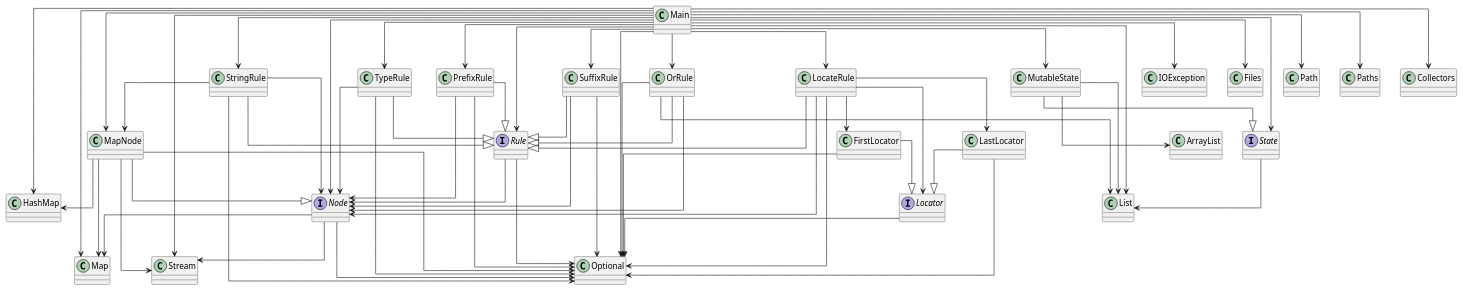
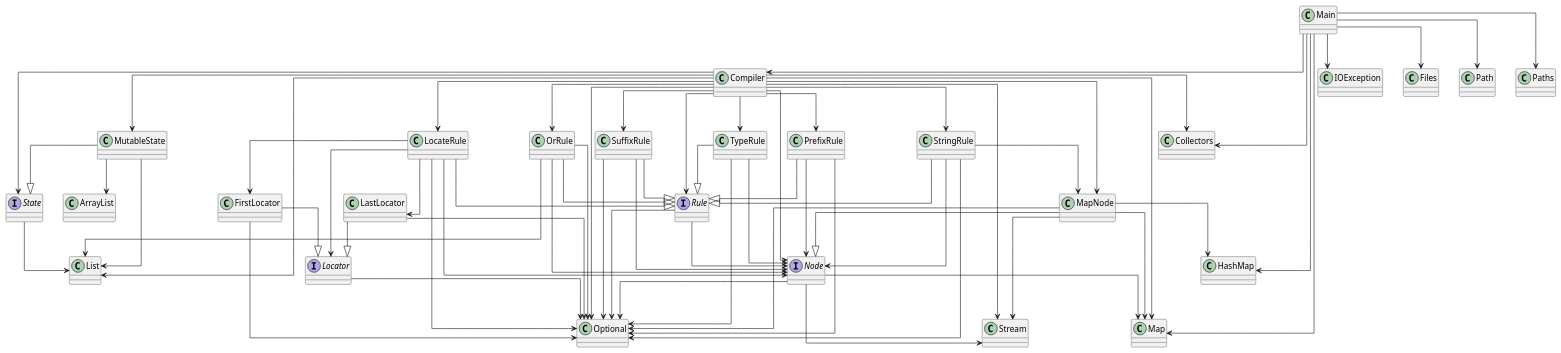
The diagram in diagram.puml (SirMathhman/Magma), drawn with PlantUML before and after one commit. The commit also changed 16 other files, not shown here.

```diff
--- a/diagram.puml
+++ b/diagram.puml
@@ -1,81 +1,85 @@
 @startuml
 skinparam linetype ortho
 StringRule --> MapNode
 StringRule --> Node
 StringRule --> Optional
 class StringRule
 StringRule --|> Rule
 PrefixRule --> Node
 PrefixRule --> Optional
 class PrefixRule
 PrefixRule --|> Rule
+Compiler --> LocateRule
+Compiler --> MutableState
+Compiler --> OrRule
+Compiler --> PrefixRule
+Compiler --> Rule
+Compiler --> State
+Compiler --> StringRule
+Compiler --> SuffixRule
+Compiler --> TypeRule
+Compiler --> MapNode
+Compiler --> Node
+Compiler --> List
+Compiler --> Map
+Compiler --> Optional
+Compiler --> Collectors
+Compiler --> Stream
+class Compiler
+LastLocator --> Optional
+class LastLocator
+LastLocator --|> Locator
 OrRule --> Node
 OrRule --> List
 OrRule --> Optional
 class OrRule
 OrRule --|> Rule
-LastLocator --> Optional
-class LastLocator
-LastLocator --|> Locator
 Node --> Map
 Node --> Optional
 Node --> Stream
 interface Node
 MapNode --> HashMap
 MapNode --> Map
 MapNode --> Optional
 MapNode --> Stream
 class MapNode
 MapNode --|> Node
 Locator --> Optional
 interface Locator
 MutableState --> ArrayList
 MutableState --> List
 class MutableState
 MutableState --|> State
 SuffixRule --> Node
 SuffixRule --> Optional
 class SuffixRule
 SuffixRule --|> Rule
 State --> List
 interface State
 FirstLocator --> Optional
 class FirstLocator
 FirstLocator --|> Locator
 Rule --> Node
 Rule --> Optional
 interface Rule
 LocateRule --> FirstLocator
 LocateRule --> LastLocator
 LocateRule --> Locator
 LocateRule --> Node
 LocateRule --> Optional
 class LocateRule
 LocateRule --|> Rule
-Main --> LocateRule
-Main --> MutableState
-Main --> OrRule
-Main --> PrefixRule
-Main --> Rule
-Main --> State
-Main --> StringRule
-Main --> SuffixRule
-Main --> TypeRule
-Main --> MapNode
-Main --> Node
+Main --> Compiler
 Main --> IOException
 Main --> Files
 Main --> Path
 Main --> Paths
 Main --> HashMap
-Main --> List
 Main --> Map
-Main --> Optional
 Main --> Collectors
-Main --> Stream
 class Main
 TypeRule --> Node
 TypeRule --> Optional
 class TypeRule
 TypeRule --|> Rule
 @enduml
```
